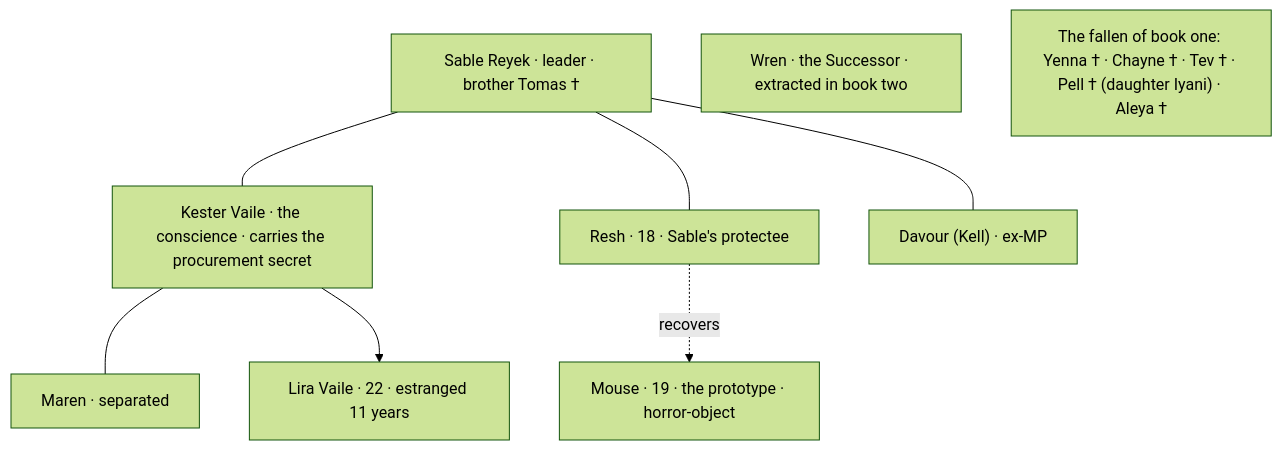
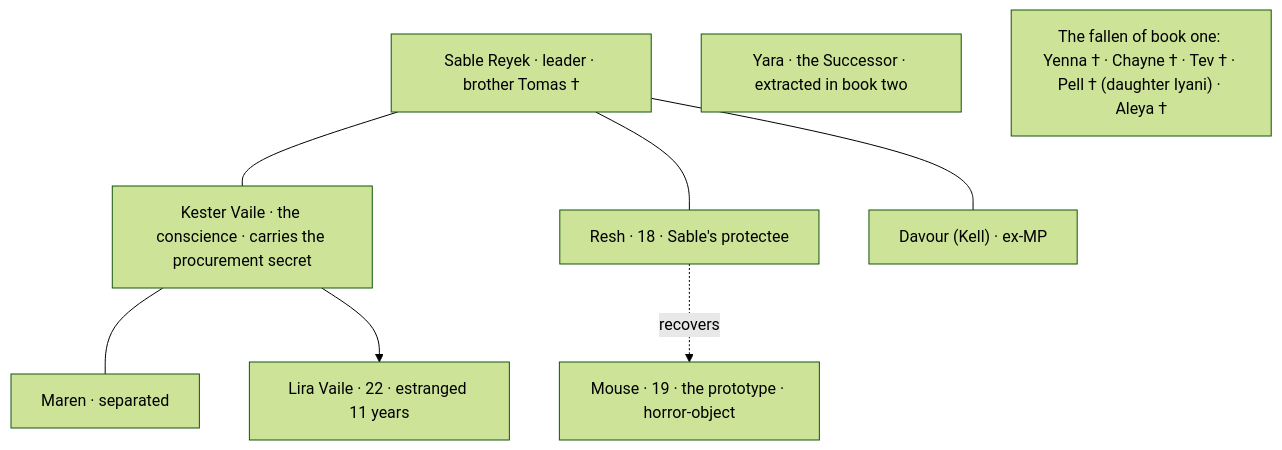
Before and after one commit to sharifndlovu123/book-of-tartaros: the tenth of 10 diagrams in reference/CHARACTER_MAP.md, drawn with Mermaid (forest theme). The commit also changed other lines of this file and 6 other files, not shown here.

First line of the commit message:
Add heraldry sheet (sigils + colours); rename Concord->Cairn, Wren->Yara

````diff
--- a/reference/CHARACTER_MAP.md
+++ b/reference/CHARACTER_MAP.md
@@ -177,16 +177,16 @@
 ```mermaid
 graph TD
   SAB["Sable Reyek · leader · brother Tomas †"]
   KES["Kester Vaile · the conscience · carries the procurement secret"]
   RESH["Resh · 18 · Sable's protectee"]
   MOU["Mouse · 19 · the prototype · horror-object"]
   DAV["Davour (Kell) · ex-MP"]
   SAB --- KES
   SAB --- RESH
   SAB --- DAV
   RESH -. recovers .-> MOU
   KES --- MAREN["Maren · separated"]
   KES --> LIR["Lira Vaile · 22 · estranged 11 years"]
-  WRE["Wren · the Successor · extracted in book two"]
+  WRE["Yara · the Successor · extracted in book two"]
   FALL["The fallen of book one: Yenna † · Chayne † · Tev † · Pell † (daughter Iyani) · Aleya †"]
 ```
````
